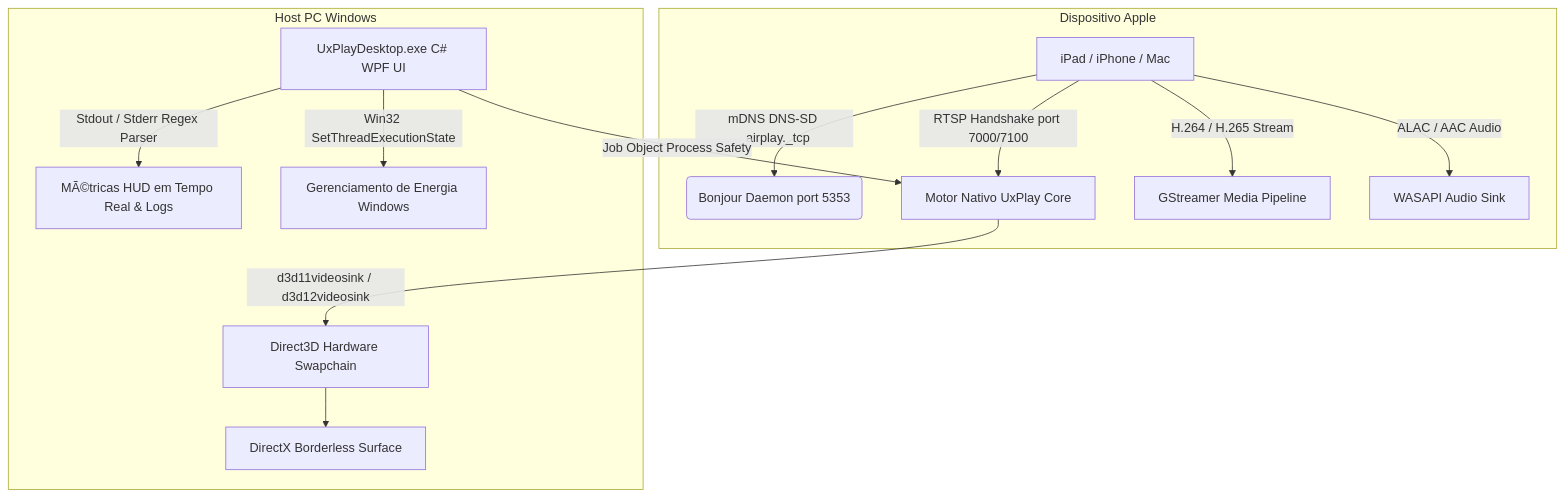
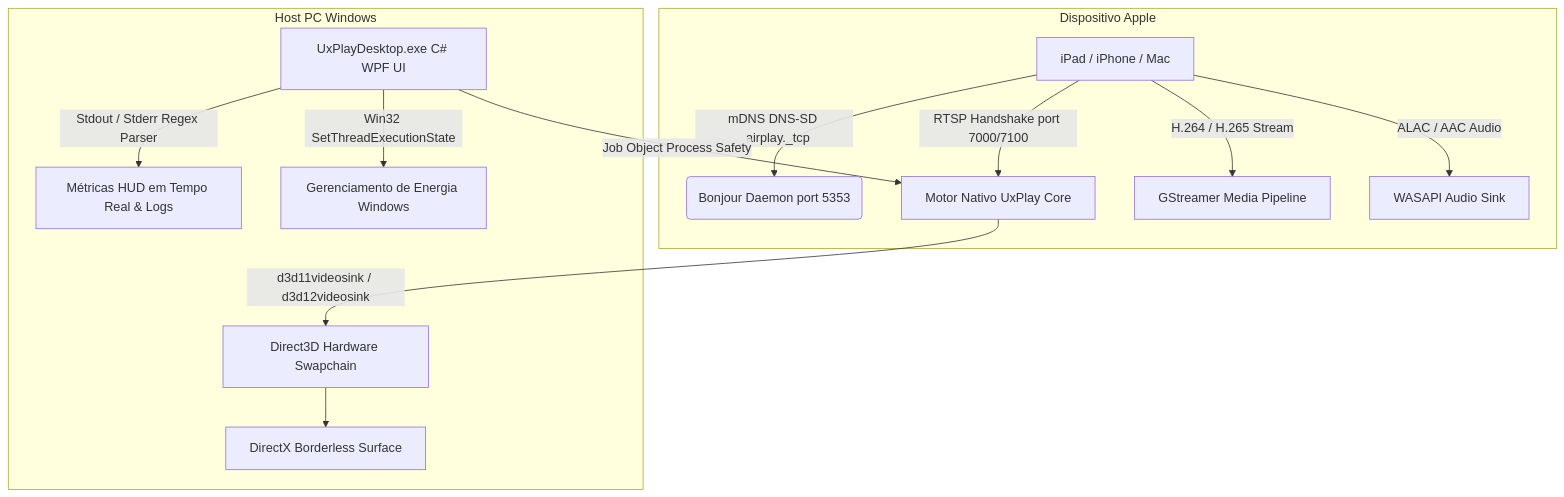
Before and after one commit to jorjanion/uxplay-desktop: the diagram in docs/locales/README.pt.md, drawn with Mermaid. The commit also changed other lines of this file and 10 other files, not shown here.

````diff
--- a/docs/locales/README.pt.md
+++ b/docs/locales/README.pt.md
@@ -95,17 +93,17 @@
 ```mermaid
 graph TD
     subgraph Dispositivo Apple
         A[iPad / iPhone / Mac] -->|mDNS DNS-SD _airplay._tcp| B(Bonjour Daemon port 5353)
         A -->|RTSP Handshake port 7000/7100| C[Motor Nativo UxPlay Core]
         A -->|H.264 / H.265 Stream| D[GStreamer Media Pipeline]
         A -->|ALAC / AAC Audio| E[WASAPI Audio Sink]
     end
 
     subgraph Host PC Windows
         C -->|d3d11videosink / d3d12videosink| F[Direct3D Hardware Swapchain]
         F --> G[DirectX Borderless Surface]
         H[UxPlayDesktop.exe C# WPF UI] -->|Job Object Process Safety| C
-        H -->|Stdout / Stderr Regex Parser| I[MÃ©tricas HUD em Tempo Real & Logs]
+        H -->|Stdout / Stderr Regex Parser| I[Métricas HUD em Tempo Real & Logs]
         H -->|Win32 SetThreadExecutionState| J[Gerenciamento de Energia Windows]
     end
 ```
````
